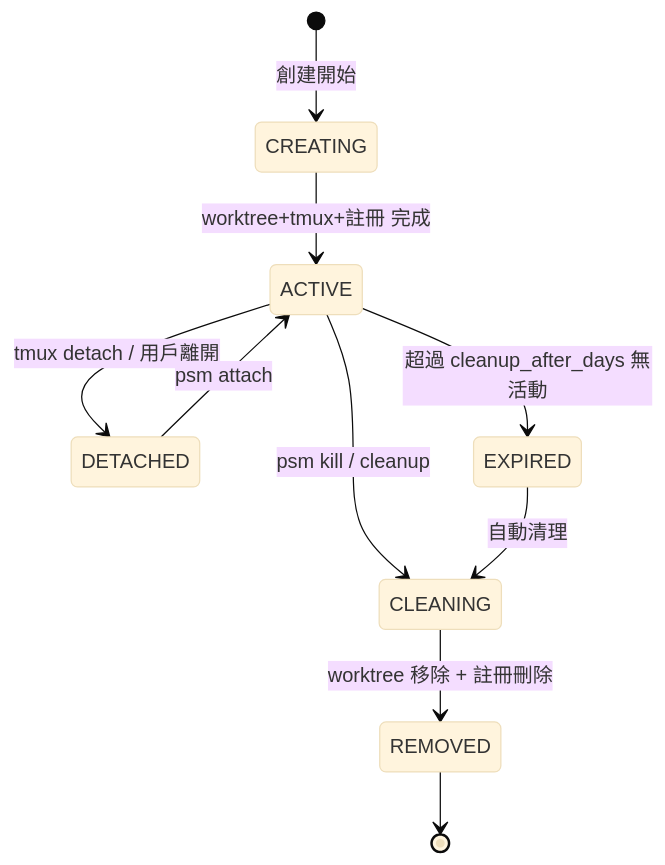
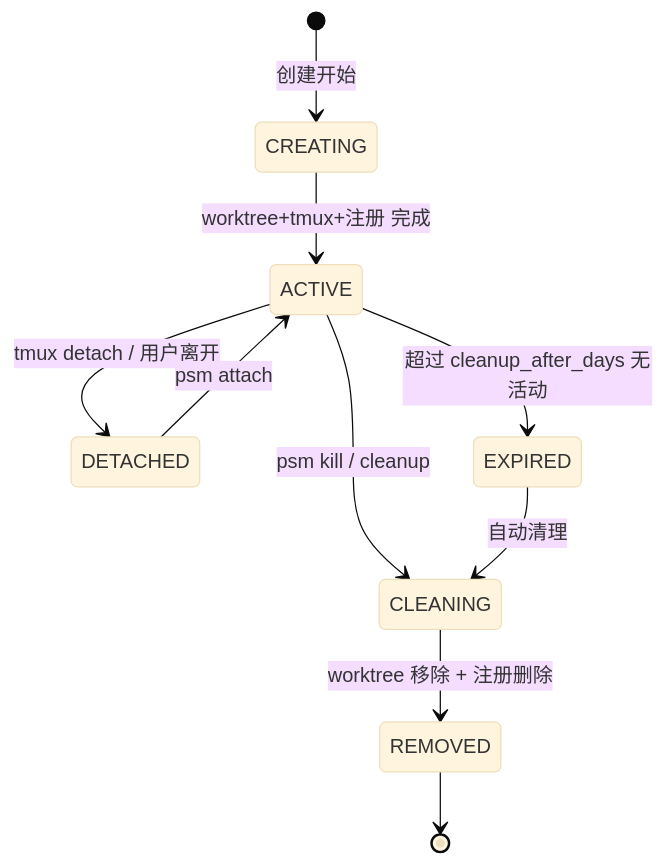
Before and after one commit to gogojaja/DevProjectTeamSkill: the diagram in .trae/skills/dev-project-team-skill/skills/worktree-isolation/domain/session-registry.md, drawn with Mermaid (base theme). The commit also changed other lines of this file and 69 other files, not shown here.

````diff
--- a/.trae/skills/dev-project-team-skill/skills/worktree-isolation/domain/session-registry.md
+++ b/.trae/skills/dev-project-team-skill/skills/worktree-isolation/domain/session-registry.md
@@ -45,12 +45,12 @@
 ```mermaid
 stateDiagram-v2
-    [*] --> CREATING: 創建開始
-    CREATING --> ACTIVE: worktree+tmux+註冊 完成
-    ACTIVE --> DETACHED: tmux detach / 用戶離開
+    [*] --> CREATING: 创建开始
+    CREATING --> ACTIVE: worktree+tmux+注册 完成
+    ACTIVE --> DETACHED: tmux detach / 用户离开
     DETACHED --> ACTIVE: psm attach
     ACTIVE --> CLEANING: psm kill / cleanup
-    CLEANING --> REMOVED: worktree 移除 + 註冊刪除
-    ACTIVE --> EXPIRED: 超過 cleanup_after_days 無活動
-    EXPIRED --> CLEANING: 自動清理
+    CLEANING --> REMOVED: worktree 移除 + 注册删除
+    ACTIVE --> EXPIRED: 超过 cleanup_after_days 无活动
+    EXPIRED --> CLEANING: 自动清理
     REMOVED --> [*]
 ```
````
